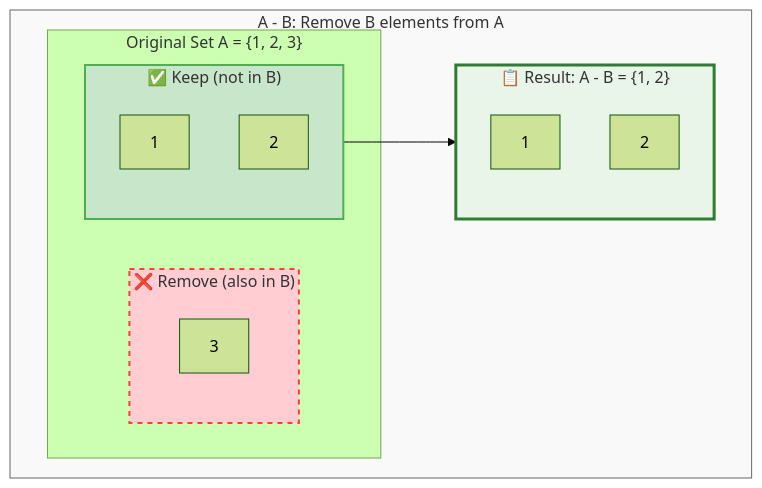
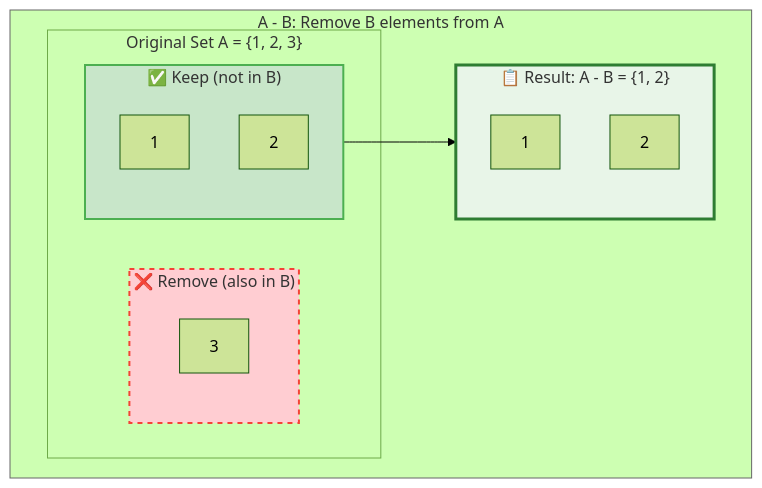
Before and after one commit to PanagopoulosNikolaos/University_Code: the fourth of 6 diagrams in Semester_2/DISCREET_MATHEMATICS/2_Operations & Venn Diagrams.md, drawn with Mermaid (forest theme). The commit also changed other lines of this file and 8 other files, not shown here.

````diff
--- a/Semester_2/DISCREET_MATHEMATICS/2_Operations & Venn Diagrams.md
+++ b/Semester_2/DISCREET_MATHEMATICS/2_Operations & Venn Diagrams.md
@@ -101,27 +101,27 @@
 ```mermaid
 graph TD
     subgraph Operation ["A - B: Remove B elements from A"]
         subgraph Original ["Original Set A = {1, 2, 3}"]
             subgraph Keep ["✅ Keep (not in B)"]
                 style Keep fill:#c8e6c9,stroke:#4caf50,stroke-width:2px
                 k1[1]
                 k2[2]
             end
             
             subgraph Remove ["❌ Remove (also in B)"]
                 style Remove fill:#ffcdd2,stroke:#f44336,stroke-width:2px,stroke-dasharray: 5 5
                 r3[3]
             end
         end
         
         subgraph Result ["📋 Result: A - B = {1, 2}"]
             style Result fill:#e8f5e8,stroke:#2e7d32,stroke-width:3px
             res1[1]
             res2[2]
         end
     end
     
     Keep --> Result
-    style Operation fill:#f9f9f9,stroke:#666
+    style Operation fill:#f,stroke:#666
 
 ```
````
